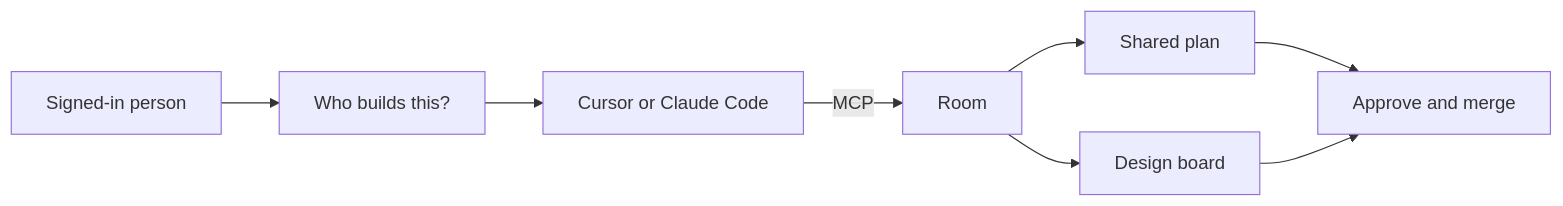
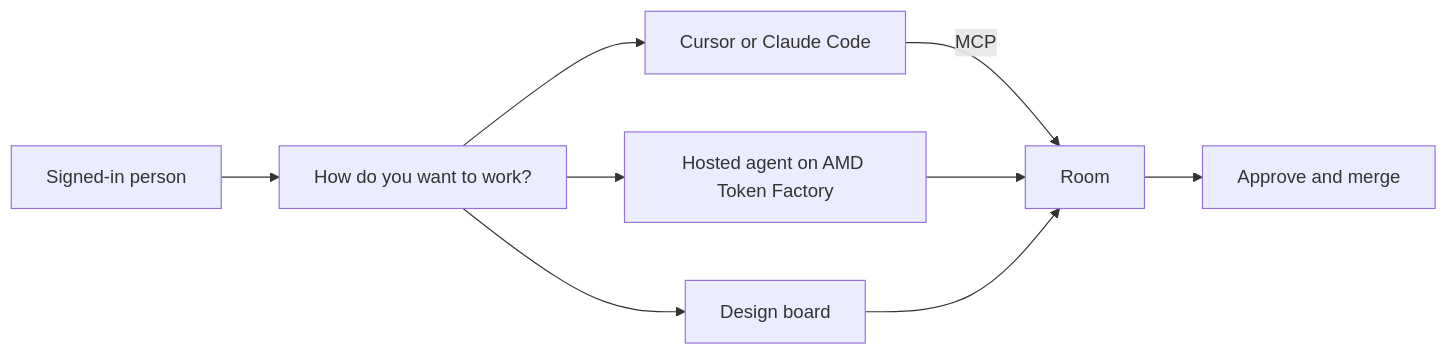
Before and after one commit to DogukanGun/colag: the first of 3 diagrams in README.md, drawn with Mermaid. The commit also changed other lines of this file and 7 other files, not shown here.

````diff
--- a/README.md
+++ b/README.md
@@ -35,18 +35,19 @@
 ```mermaid
 flowchart LR
   user[Signed-in person]
-  gate[Who builds this?]
+  home[How do you want to work?]
   client[Cursor or Claude Code]
+  hosted[Hosted agent on AMD Token Factory]
+  board[Design board]
   room[Room]
-  plan[Shared plan]
-  board[Design board]
   review[Approve and merge]
 
-  user --> gate
-  gate --> client
+  user --> home
+  home --> client
+  home --> hosted
+  home --> board
   client -->|MCP| room
-  room --> plan
-  room --> board
-  plan --> review
-  board --> review
+  hosted --> room
+  board --> room
+  room --> review
 ```
````
